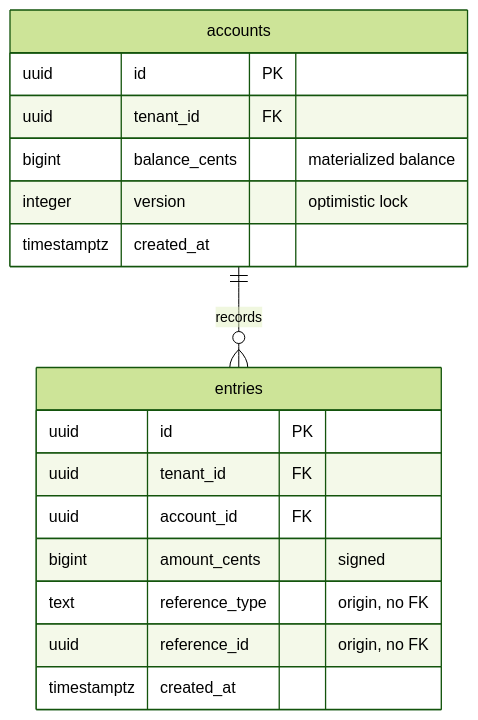
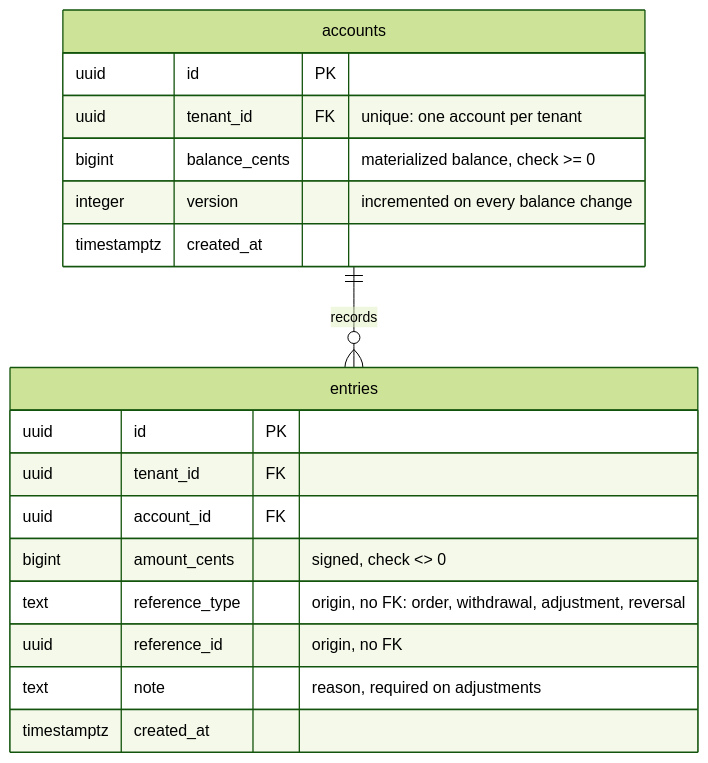
The fifth of 7 diagrams in drizzle/DIAGRAM.md (ronz204/poc-data-access), drawn with Mermaid (forest theme) before and after one commit. The commit also changed other lines of this file, not shown here.

Commit message:
docs(db): sync data model diagram with specs

````diff
--- a/drizzle/DIAGRAM.md
+++ b/drizzle/DIAGRAM.md
@@ -221,20 +236,21 @@
 ```mermaid
 erDiagram
     accounts {
         uuid id PK
-        uuid tenant_id FK
-        bigint balance_cents "materialized balance"
-        integer version "optimistic lock"
+        uuid tenant_id FK "unique: one account per tenant"
+        bigint balance_cents "materialized balance, check >= 0"
+        integer version "incremented on every balance change"
         timestamptz created_at
     }
     entries {
         uuid id PK
         uuid tenant_id FK
         uuid account_id FK
-        bigint amount_cents "signed"
-        text reference_type "origin, no FK"
+        bigint amount_cents "signed, check <> 0"
+        text reference_type "origin, no FK: order, withdrawal, adjustment, reversal"
         uuid reference_id "origin, no FK"
+        text note "reason, required on adjustments"
         timestamptz created_at
     }
     accounts ||--o{ entries : records
 ```
````
